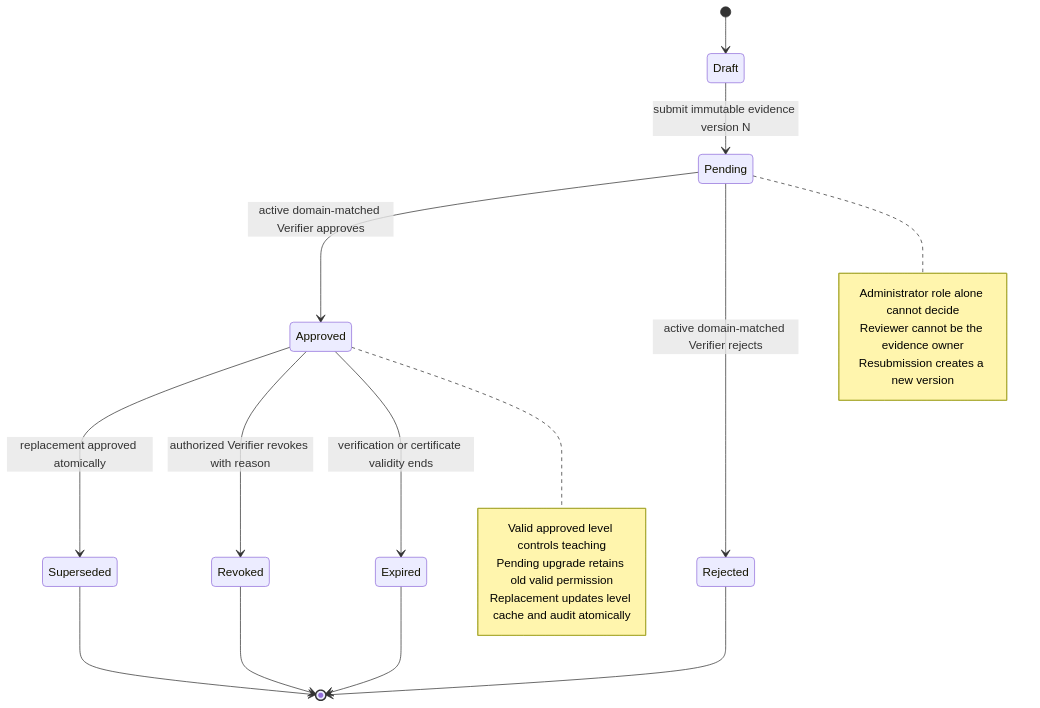
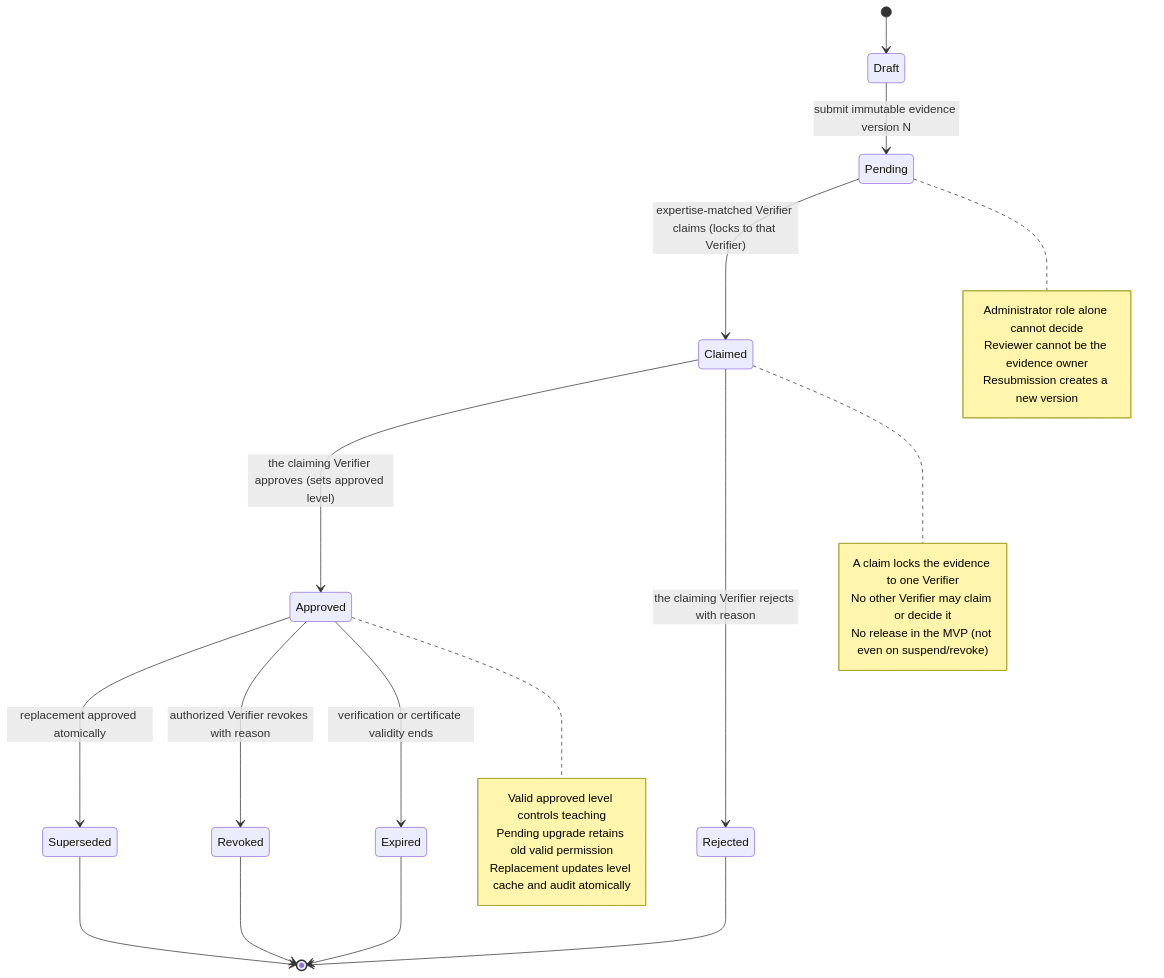
The second of 5 diagrams in docs/plans/SkillSwap-SRS.md (trankien022/SkillSwap), drawn with Mermaid before and after one commit. The commit also changed other lines of this file and 12 other files, not shown here.

First line of the commit message:
docs(adr): define verifier expertise, claim-lock and decision authority

````diff
--- a/docs/plans/SkillSwap-SRS.md
+++ b/docs/plans/SkillSwap-SRS.md
@@ -340,24 +340,30 @@
 ```mermaid
 stateDiagram-v2
   [*] --> Draft
   Draft --> Pending : submit immutable evidence version N
-  Pending --> Approved : active domain-matched Verifier approves
-  Pending --> Rejected : active domain-matched Verifier rejects
+  Pending --> Claimed : expertise-matched Verifier claims (locks to that Verifier)
+  Claimed --> Approved : the claiming Verifier approves (sets approved level)
+  Claimed --> Rejected : the claiming Verifier rejects with reason
   Approved --> Superseded : replacement approved atomically
   Approved --> Revoked : authorized Verifier revokes with reason
   Approved --> Expired : verification or certificate validity ends
   Rejected --> [*]
   Superseded --> [*]
   Revoked --> [*]
   Expired --> [*]
+  note right of Claimed
+    A claim locks the evidence to one Verifier
+    No other Verifier may claim or decide it
+    No release in the MVP (not even on suspend/revoke)
+  end note
   note right of Approved
     Valid approved level controls teaching
     Pending upgrade retains old valid permission
     Replacement updates level cache and audit atomically
   end note
   note right of Pending
     Administrator role alone cannot decide
     Reviewer cannot be the evidence owner
     Resubmission creates a new version
   end note
 ```
````
